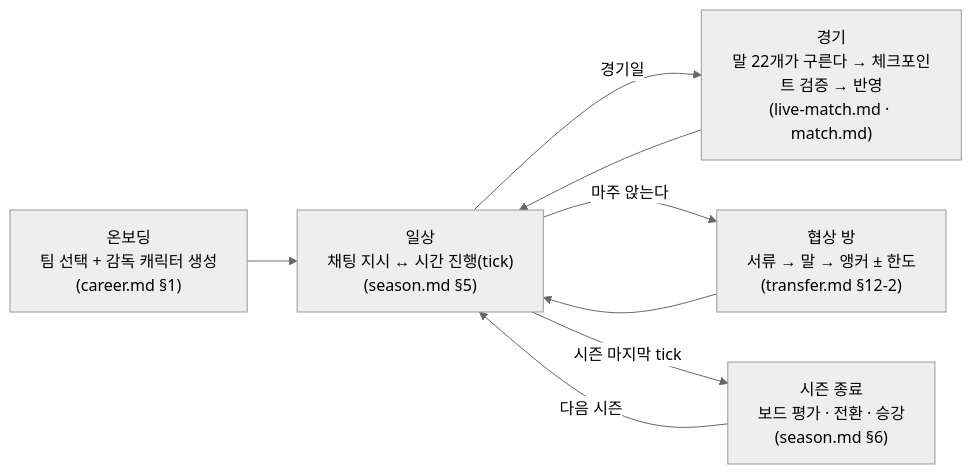
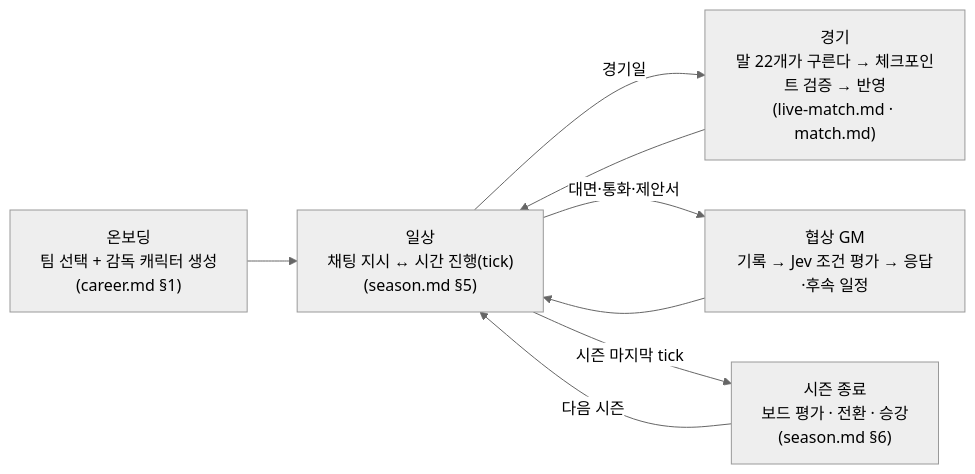
One commit to dhoonjang/gaffer changed the second of 2 diagrams in docs/overview.md. Above: the diagram before and after it, drawn with Mermaid (neutral theme). The commit also changed other lines of this file and 138 other files, not shown here.

````diff
--- a/docs/overview.md
+++ b/docs/overview.md
@@ -229,10 +229,10 @@
 ```mermaid
 flowchart LR
   O["온보딩<br/>팀 선택 + 감독 캐릭터 생성<br/>(career.md §1)"] --> P["일상<br/>채팅 지시 ↔ 시간 진행(tick)<br/>(season.md §5)"]
   P -->|경기일| Q["경기<br/>말 22개가 구른다 → 체크포인트 검증 → 반영<br/>(live-match.md · match.md)"]
   Q --> P
-  P -->|마주 앉는다| N["협상 방<br/>서류 → 말 → 앵커 ± 한도<br/>(transfer.md §12-2)"]
+  P -->|대면·통화·제안서| N["협상 GM<br/>기록 → Jev 조건 평가 → 응답·후속 일정"]
   N --> P
   P -->|시즌 마지막 tick| R["시즌 종료<br/>보드 평가 · 전환 · 승강<br/>(season.md §6)"]
   R -->|다음 시즌| P
 ```
````
